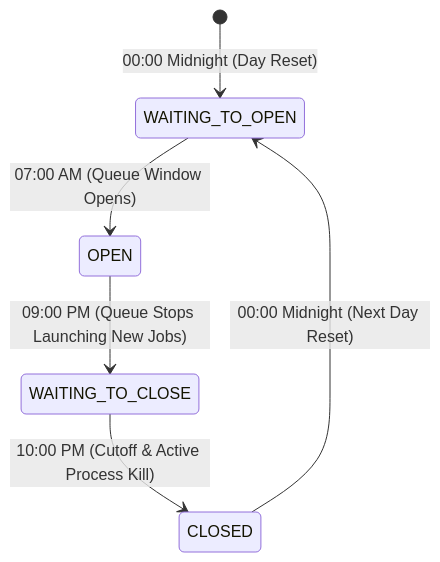
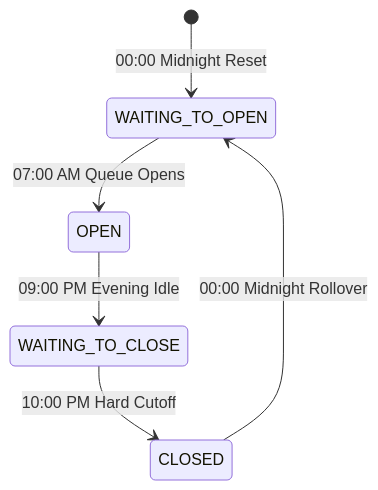
The second of 3 diagrams in paradiso/TECHNICAL_DOCUMENTATION.md (tailor827/celestial_rose), drawn with Mermaid before and after one commit. The commit also changed other lines of this file and 103 other files, not shown here.

````diff
--- a/paradiso/TECHNICAL_DOCUMENTATION.md
+++ b/paradiso/TECHNICAL_DOCUMENTATION.md
@@ -39,8 +53,8 @@
 ```mermaid
 stateDiagram-v2
-    [*] --> WAITING_TO_OPEN: 00:00 Midnight (Day Reset)
-    WAITING_TO_OPEN --> OPEN: 07:00 AM (Queue Window Opens)
-    OPEN --> WAITING_TO_CLOSE: 09:00 PM (Queue Stops Launching New Jobs)
-    WAITING_TO_CLOSE --> CLOSED: 10:00 PM (Cutoff & Active Process Kill)
-    CLOSED --> WAITING_TO_OPEN: 00:00 Midnight (Next Day Reset)
+    [*] --> WAITING_TO_OPEN: 00:00 Midnight Reset
+    WAITING_TO_OPEN --> OPEN: 07:00 AM Queue Opens
+    OPEN --> WAITING_TO_CLOSE: 09:00 PM Evening Idle
+    WAITING_TO_CLOSE --> CLOSED: 10:00 PM Hard Cutoff
+    CLOSED --> WAITING_TO_OPEN: 00:00 Midnight Rollover
 ```
````
